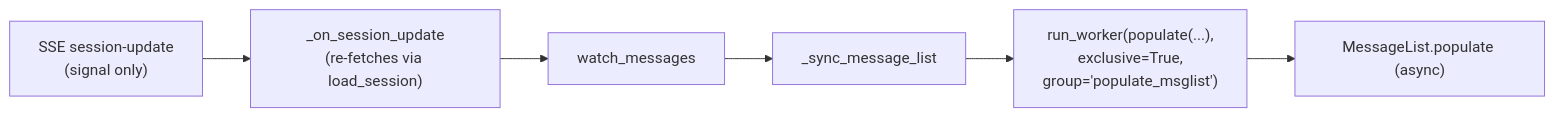
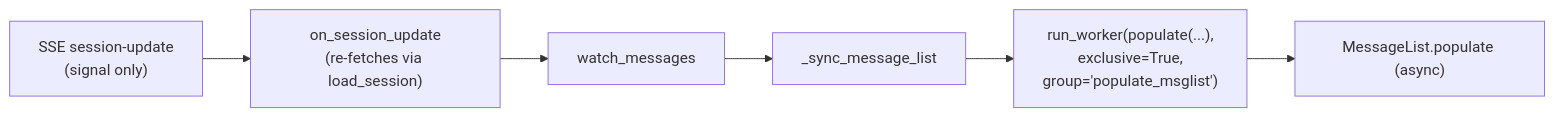
Before and after one commit to delexw/claude-code-trace: the eighth of 12 diagrams in specs/06-tui.md, drawn with Mermaid. The commit also changed other lines of this file and 63 other files, not shown here.

````diff
--- a/specs/06-tui.md
+++ b/specs/06-tui.md
@@ -286,8 +294,8 @@
 ```mermaid
 flowchart LR
-    SSE["SSE session-update\n(signal only)"] --> OSU["_on_session_update\n(re-fetches via load_session)"]
+    SSE["SSE session-update\n(signal only)"] --> OSU["on_session_update\n(re-fetches via load_session)"]
     OSU --> WM[watch_messages]
     WM --> SML[_sync_message_list]
     SML --> WORKER["run_worker(populate(...),\nexclusive=True,\ngroup='populate_msglist')"]
     WORKER --> POP["MessageList.populate (async)"]
 ```
````
